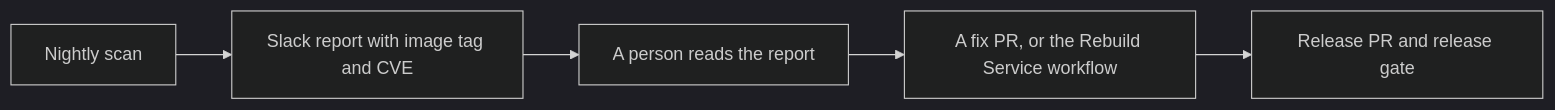
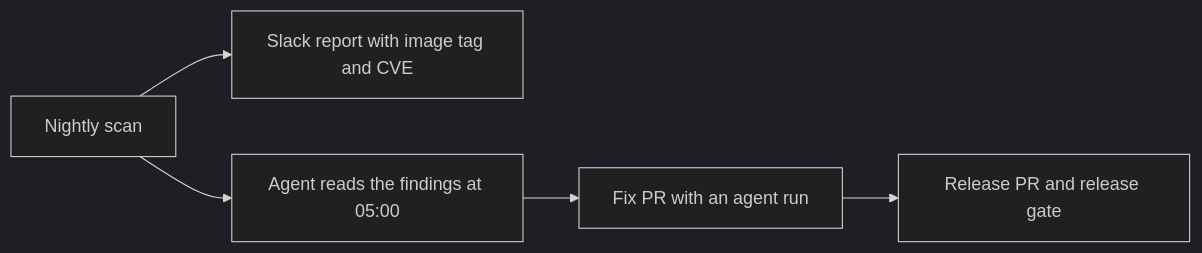
Before and after one commit to Unique-AG/connectors: the fourth of 4 diagrams in docs/security/image-vulnerabilities.md, drawn with Mermaid (dark theme). The commit also changed other lines of this file and 2 other files, not shown here.

Commit message:
docs(main): describe the Cursor agent automations, the agent labels, and the infra setup

````diff
--- a/docs/security/image-vulnerabilities.md
+++ b/docs/security/image-vulnerabilities.md
@@ -113,7 +113,7 @@
 ```mermaid
 flowchart LR
   scan[Nightly scan] --> slack[Slack report with image tag and CVE]
-  slack --> person[A person reads the report]
-  person --> fix[A fix PR, or the Rebuild Service workflow]
+  scan --> agent[Agent reads the findings at 05:00]
+  agent --> fix[Fix PR with an agent run]
   fix --> release[Release PR and release gate]
 ```
````
